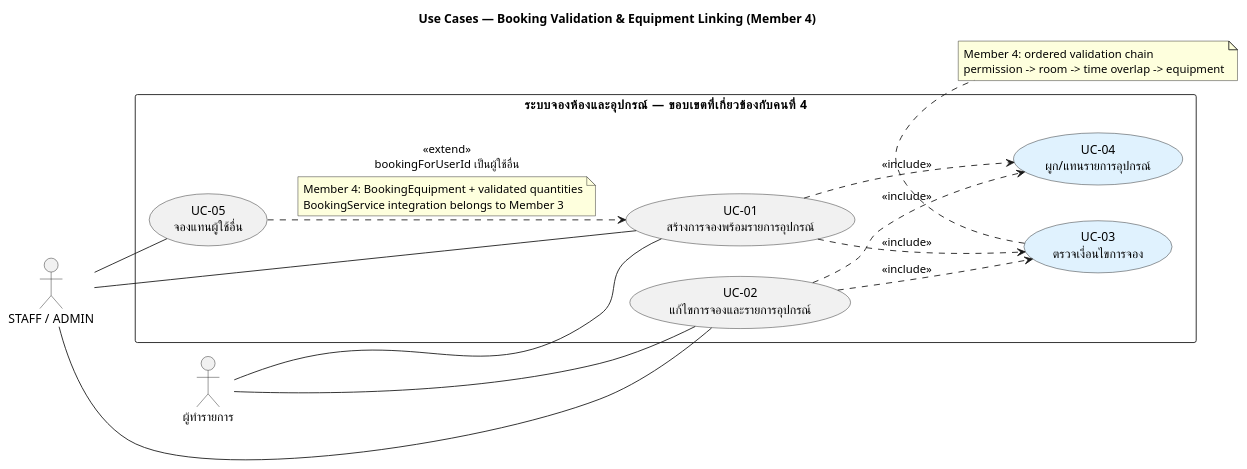
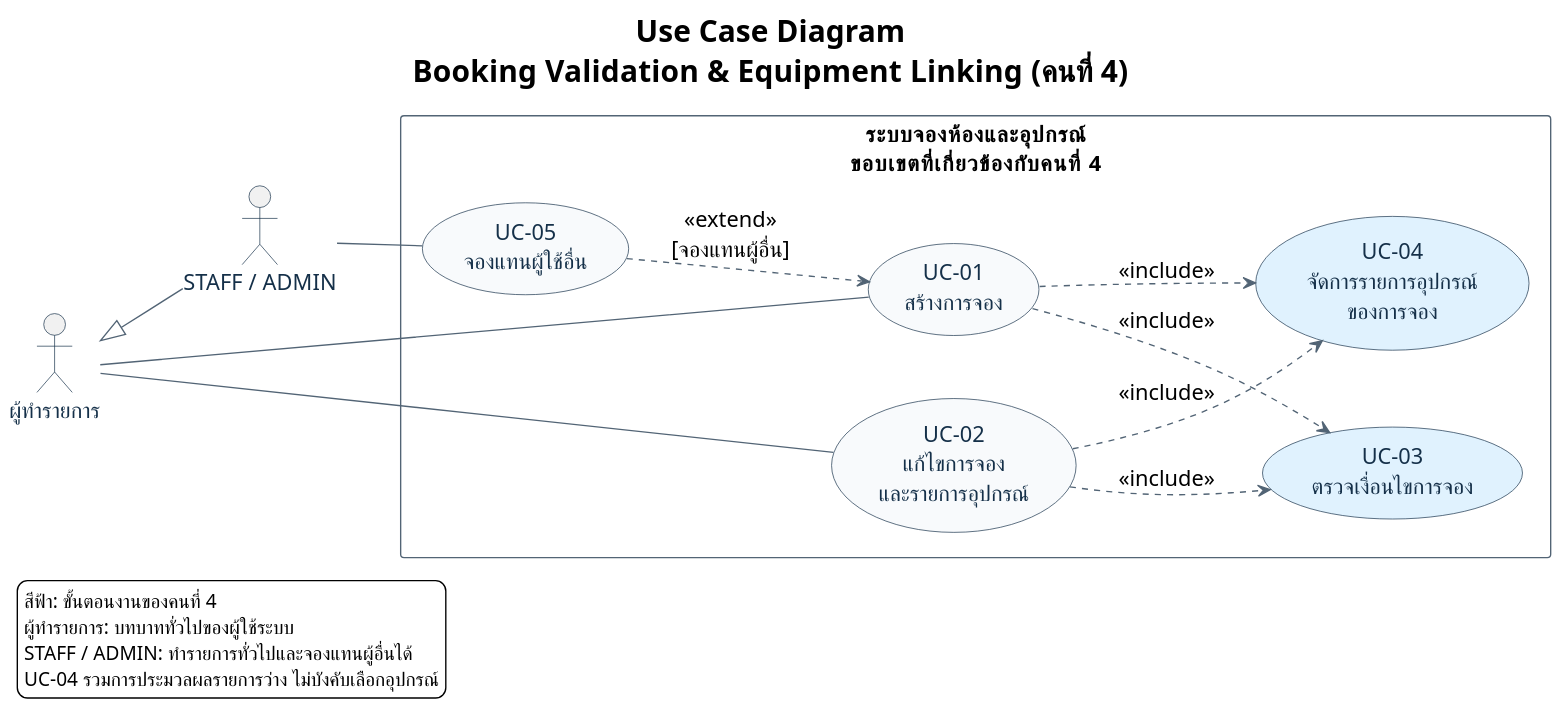
Before and after one commit to BRHansol/Co-Working-Space-Equipment-Rental: the diagram in doc/nuttachai_673380581-8_04/diagrams/01-use-cases.puml, drawn with PlantUML. The commit also changed 2 other files, not shown here.

Commit message:
update use-case

```diff
--- a/doc/nuttachai_673380581-8_04/diagrams/01-use-cases.puml
+++ b/doc/nuttachai_673380581-8_04/diagrams/01-use-cases.puml
@@ -1,36 +1,49 @@
 @startuml
-title Use Cases — Booking Validation & Equipment Linking (Member 4)
+title Use Case Diagram\nBooking Validation & Equipment Linking (คนที่ 4)
 left to right direction
 skinparam shadowing false
 skinparam packageStyle rectangle
+skinparam backgroundColor white
+skinparam defaultFontName Tahoma
+skinparam defaultFontSize 16
+skinparam titleFontSize 22
+skinparam dpi 150
+skinparam ArrowColor #526475
+skinparam ActorBorderColor #153049
+skinparam ActorFontColor #153049
+skinparam UsecaseBorderColor #153049
+skinparam UsecaseBackgroundColor #F8FAFC
+skinparam UsecaseFontColor #153049
+skinparam RectangleBorderColor #526475
+skinparam RectangleBackgroundColor white
+skinparam NoteBackgroundColor #FFF9E8
+skinparam NoteBorderColor #C8B67D
+skinparam NoteFontSize 14
 actor "ผู้ทำรายการ" as Requester
 actor "STAFF / ADMIN" as Staff
 
-rectangle "ระบบจองห้องและอุปกรณ์ — ขอบเขตที่เกี่ยวข้องกับคนที่ 4" {
-  usecase "UC-01\nสร้างการจองพร้อมรายการอุปกรณ์" as Create
-  usecase "UC-02\nแก้ไขการจองและรายการอุปกรณ์" as Update
+rectangle "ระบบจองห้องและอุปกรณ์\nขอบเขตที่เกี่ยวข้องกับคนที่ 4" {
+  usecase "UC-01\nสร้างการจอง" as Create
+  usecase "UC-02\nแก้ไขการจอง\nและรายการอุปกรณ์" as Update
   usecase "UC-03\nตรวจเงื่อนไขการจอง" as Validate #E0F2FE
-  usecase "UC-04\nผูก/แทนรายการอุปกรณ์" as Link #E0F2FE
+  usecase "UC-04\nจัดการรายการอุปกรณ์\nของการจอง" as Link #E0F2FE
   usecase "UC-05\nจองแทนผู้ใช้อื่น" as ForOther
 }
 
 Requester -- Create
 Requester -- Update
-Staff -- Create
-Staff -- Update
+Staff -up-|> Requester
 Staff -- ForOther
 Create ..> Validate : <<include>>
 Update ..> Validate : <<include>>
 Create ..> Link : <<include>>
 Update ..> Link : <<include>>
-ForOther ..> Create : <<extend>>\nbookingForUserId เป็นผู้ใช้อื่น
+ForOther ..> Create : <<extend>>\n[จองแทนผู้อื่น]
 
-note bottom of Validate
-  Member 4: ordered validation chain
-  permission -> room -> time overlap -> equipment
-end note
-note bottom of Link
-  Member 4: BookingEquipment + validated quantities
-  BookingService integration belongs to Member 3
-end note
+legend bottom left
+  สีฟ้า: ขั้นตอนงานของคนที่ 4
+  ผู้ทำรายการ: บทบาททั่วไปของผู้ใช้ระบบ
+  STAFF / ADMIN: ทำรายการทั่วไปและจองแทนผู้อื่นได้
+  UC-04 รวมการประมวลผลรายการว่าง ไม่บังคับเลือกอุปกรณ์
+endlegend
 @enduml
```
